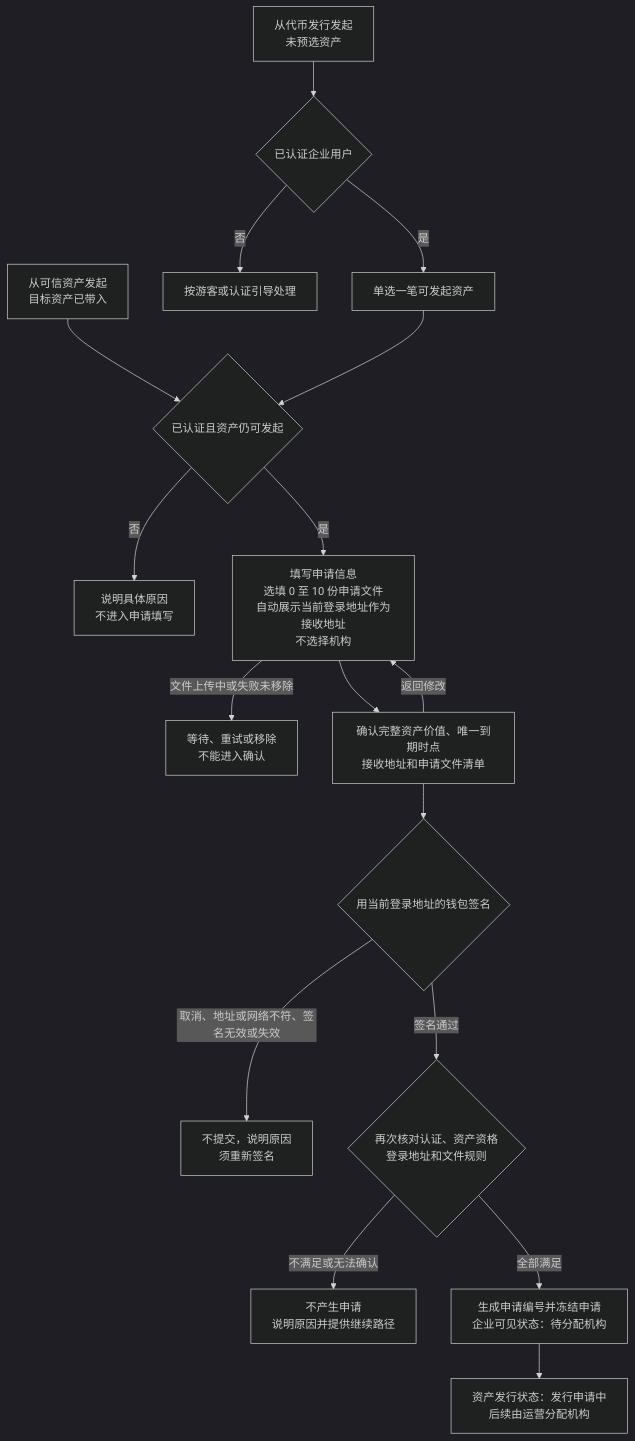
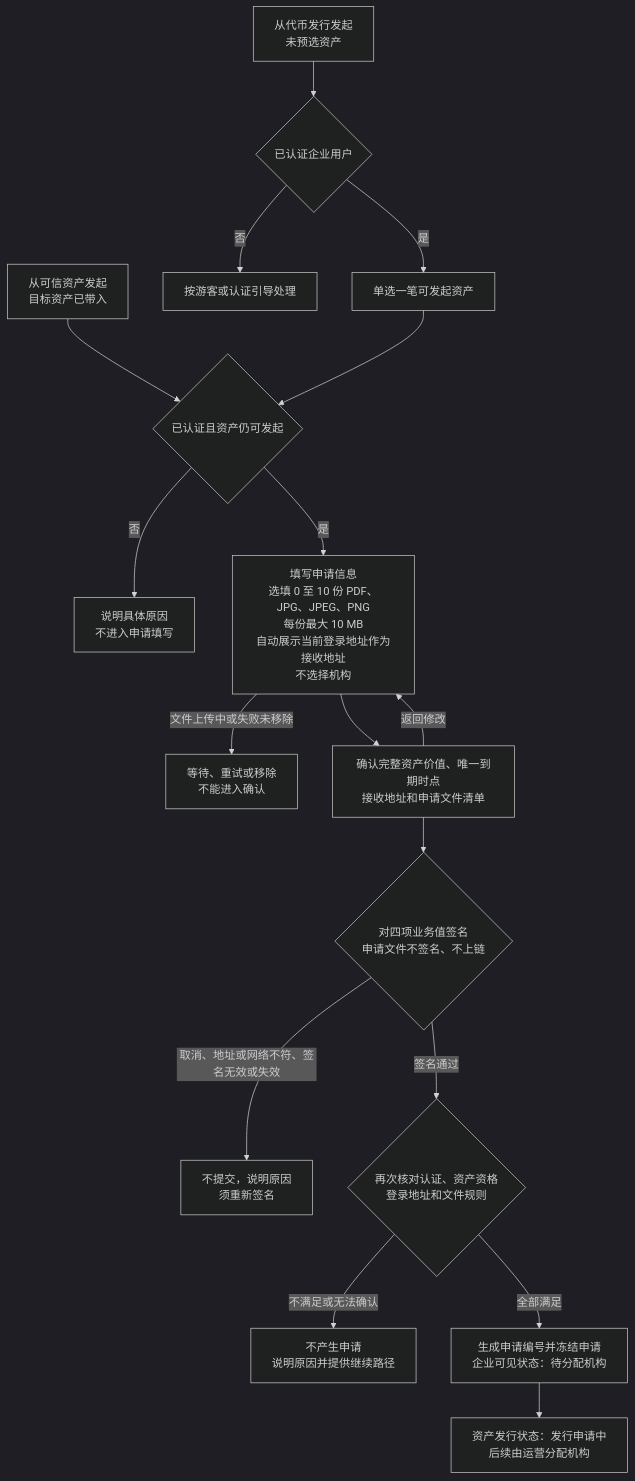
Before and after one commit to wxblockchain/Chain-Financing: the first of 3 diagrams in token-issuance-platform/PRD/面客端/M3a-代币发行-企业申请/02-代币发行-企业申请-流程图与状态机.md, drawn with Mermaid (dark theme). The commit also changed 2 other files, not shown here.

Commit message:
docs(WS-509): confirm issuance file rules

````diff
--- a/token-issuance-platform/PRD/面客端/M3a-代币发行-企业申请/02-代币发行-企业申请-流程图与状态机.md
+++ b/token-issuance-platform/PRD/面客端/M3a-代币发行-企业申请/02-代币发行-企业申请-流程图与状态机.md
@@ -16,19 +16,19 @@
 ```mermaid
 flowchart TD
     A1[从可信资产发起<br/>目标资产已带入] --> B{已认证且资产仍可发起}
     A2[从代币发行发起<br/>未预选资产] --> C{已认证企业用户}
     C -->|否| C1[按游客或认证引导处理]
     C -->|是| D[单选一笔可发起资产]
     D --> B
     B -->|否| B1[说明具体原因<br/>不进入申请填写]
-    B -->|是| E[填写申请信息<br/>选填 0 至 10 份申请文件<br/>自动展示当前登录地址作为接收地址<br/>不选择机构]
+    B -->|是| E[填写申请信息<br/>选填 0 至 10 份 PDF、JPG、JPEG、PNG<br/>每份最大 10 MB<br/>自动展示当前登录地址作为接收地址<br/>不选择机构]
     E -->|文件上传中或失败未移除| E1[等待、重试或移除<br/>不能进入确认]
     E --> F[确认完整资产价值、唯一到期时点<br/>接收地址和申请文件清单]
     F -->|返回修改| E
-    F --> G{用当前登录地址的钱包签名}
+    F --> G{对四项业务值签名<br/>申请文件不签名、不上链}
     G -->|取消、地址或网络不符、签名无效或失效| G1[不提交，说明原因<br/>须重新签名]
     G -->|签名通过| H{再次核对认证、资产资格<br/>登录地址和文件规则}
     H -->|不满足或无法确认| H1[不产生申请<br/>说明原因并提供继续路径]
     H -->|全部满足| I[生成申请编号并冻结申请<br/>企业可见状态：待分配机构]
     I --> J[资产发行状态：发行申请中<br/>后续由运营分配机构]
 ```
````
